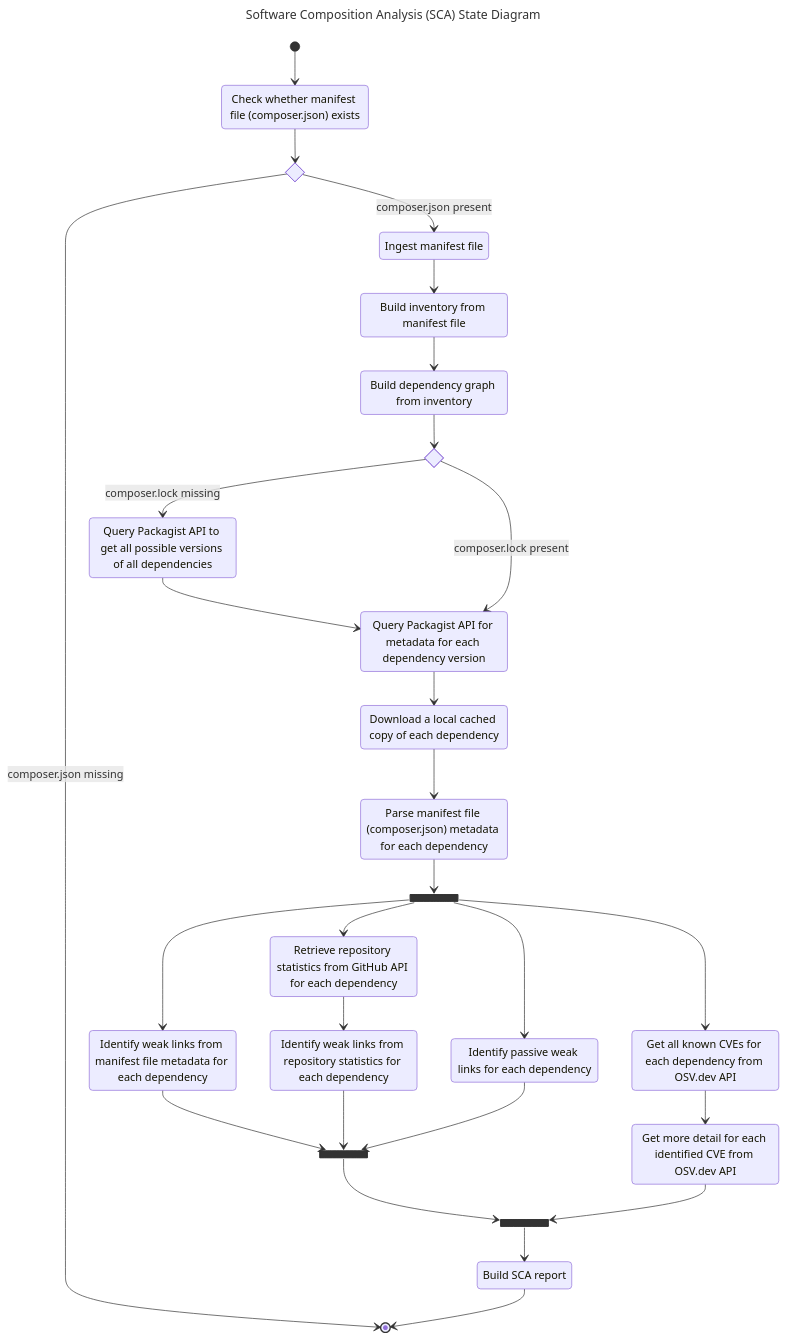
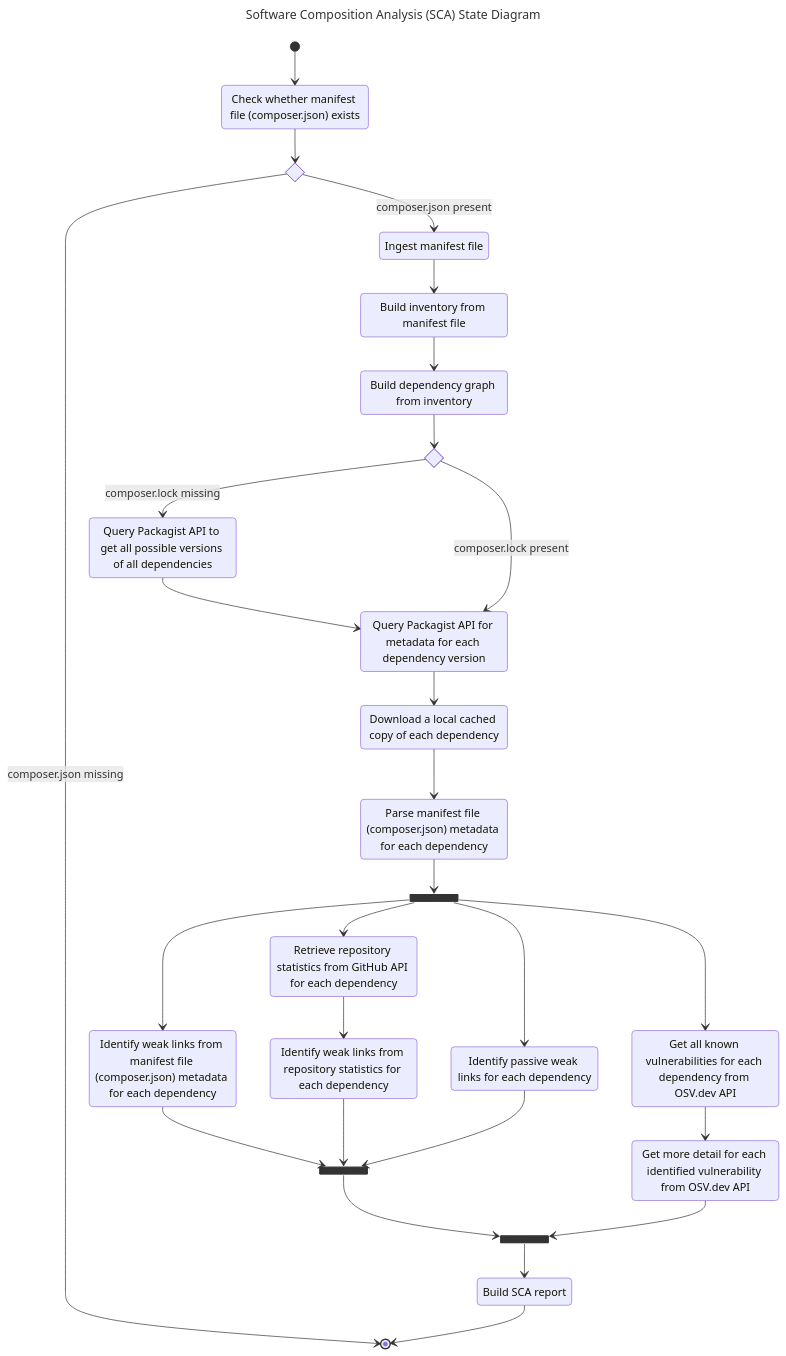
Before and after one commit to AlexWinder/SecAware: the second of 3 diagrams in README.md, drawn with Mermaid.

Commit message:
Terminology

````diff
--- a/README.md
+++ b/README.md
@@ -179,65 +179,65 @@
 ```mermaid
 ---
 title: Software Composition Analysis (SCA) State Diagram
 ---
 stateDiagram-v2
     state "Check whether manifest file (composer.json) exists" as checkManifestFile
     state "Ingest manifest file" as ingestManifestFile
     state "Build inventory from manifest file" as buildInventory
     state "Build dependency graph from inventory" as buildDependencyGraph
     state "Query Packagist API to get all possible versions of all dependencies" as getAllVersions
     state "Query Packagist API for metadata for each dependency version" as getDependenciesMetadata
     state "Download a local cached copy of each dependency" as cacheDependency
     state "Parse manifest file (composer.json) metadata for each dependency" as parseDependenciesComposer
-    state "Get all known CVEs for each dependency from OSV.dev API" as cveTopLevel
-    state "Get more detail for each identified CVE from OSV.dev API" as cveExtraDetail
-    state "Identify weak links from manifest file metadata for each dependency" as weakLinkMetadata
+    state "Get all known vulnerabilities for each dependency from OSV.dev API" as cveTopLevel
+    state "Get more detail for each identified vulnerability from OSV.dev API" as cveExtraDetail
+    state "Identify weak links from manifest file (composer.json) metadata for each dependency" as weakLinkMetadata
     state "Retrieve repository statistics from GitHub API for each dependency" as retrieveRepositoryStatistics
     state "Identify weak links from repository statistics for each dependency" as weakLinkRepositoryStatistics
     state "Identify passive weak links for each dependency" as weakLinkPassive
     state "Build SCA report" as buildReport
 
     state ifComposerJsonAvailable <<choice>>
     state ifGetPossibleVersions <<choice>>
     state analysisFork <<fork>>
     state weakLinkJoin <<join>>
     state analysisJoin <<join>>
 
     [*] --> checkManifestFile
 
     checkManifestFile --> ifComposerJsonAvailable
 
     ifComposerJsonAvailable --> ingestManifestFile: composer.json present
     ingestManifestFile --> buildInventory
     buildInventory --> buildDependencyGraph
 
     buildDependencyGraph --> ifGetPossibleVersions
 
     ifComposerJsonAvailable --> [*]: composer.json missing
     ifGetPossibleVersions --> getAllVersions: composer.lock missing
     getAllVersions --> getDependenciesMetadata
     ifGetPossibleVersions --> getDependenciesMetadata: composer.lock present
 
     getDependenciesMetadata --> cacheDependency
     cacheDependency --> parseDependenciesComposer
 
     parseDependenciesComposer --> analysisFork
 
     analysisFork --> cveTopLevel
     cveTopLevel --> cveExtraDetail
 
     analysisFork --> weakLinkMetadata
     analysisFork --> retrieveRepositoryStatistics
     retrieveRepositoryStatistics --> weakLinkRepositoryStatistics
     analysisFork --> weakLinkPassive
 
     weakLinkMetadata --> weakLinkJoin
     weakLinkRepositoryStatistics --> weakLinkJoin
     weakLinkPassive --> weakLinkJoin
 
     weakLinkJoin --> analysisJoin
     cveExtraDetail --> analysisJoin
 
     analysisJoin --> buildReport
     buildReport --> [*]
 ```
````
